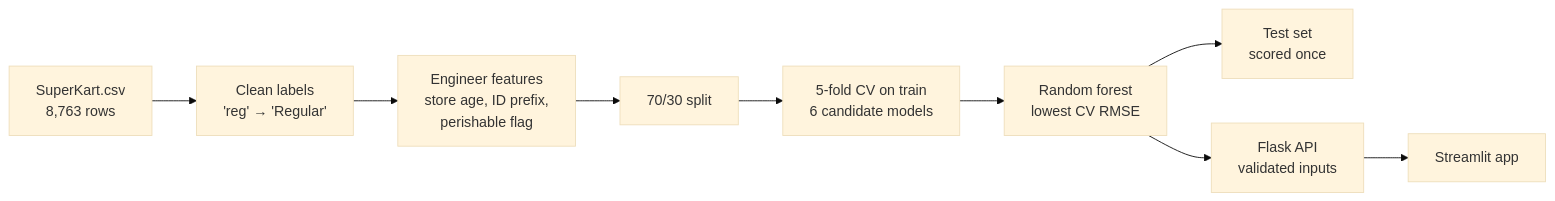
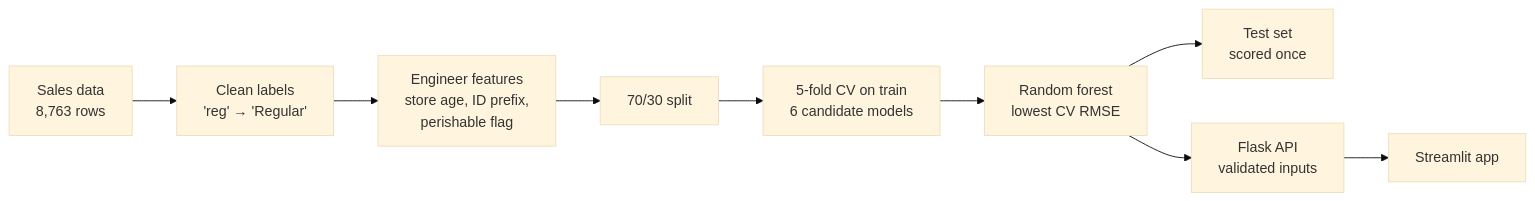
The diagram in README.md (Zachsteuer98/retail-sales-prediction-api), drawn with Mermaid (base theme) before and after one commit. The commit also changed other lines of this file and 24 other files, not shown here.

````diff
--- a/README.md
+++ b/README.md
@@ -55,10 +55,10 @@
 ```mermaid
 flowchart LR
-    A[SuperKart.csv<br/>8,763 rows] --> B[Clean labels<br/>'reg' → 'Regular']
+    A[Sales data<br/>8,763 rows] --> B[Clean labels<br/>'reg' → 'Regular']
     B --> C[Engineer features<br/>store age, ID prefix,<br/>perishable flag]
     C --> D[70/30 split]
     D --> E[5-fold CV on train<br/>6 candidate models]
     E --> F[Random forest<br/>lowest CV RMSE]
     F --> G[Test set<br/>scored once]
     F --> H[Flask API<br/>validated inputs] --> I[Streamlit app]
 ```
````
